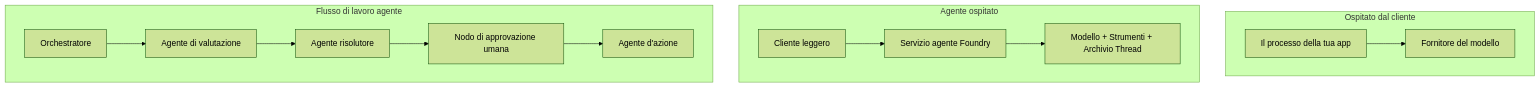
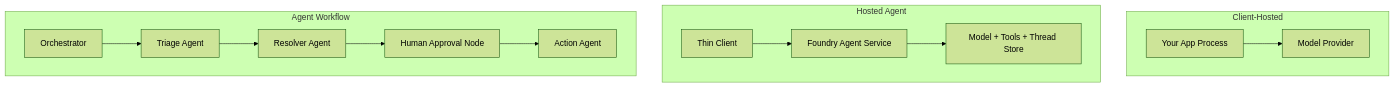
One commit to gabrielmoreira/agent-skills-mirror changed the first of 4 diagrams in mirrors/repos/microsoft@ai-agents-for-beginners/translations/it/16-deploying-scalable-agents/README.md. Above: the diagram before and after it, drawn with Mermaid (forest theme). The commit also changed other lines of this file and 5918 other files, not shown here.

````diff
--- a/mirrors/repos/microsoft@ai-agents-for-beginners/translations/it/16-deploying-scalable-agents/README.md
+++ b/mirrors/repos/microsoft@ai-agents-for-beginners/translations/it/16-deploying-scalable-agents/README.md
@@ -87,16 +87,16 @@
 ```mermaid
 flowchart TB
-    subgraph P1[Ospitato dal cliente]
-        A1[Il processo della tua app] --> M1[Fornitore del modello]
+    subgraph P1[Client-Hosted]
+        A1[Your App Process] --> M1[Model Provider]
     end
-    subgraph P2[Agente ospitato]
-        A2[Cliente leggero] --> F2[Servizio agente Foundry]
-        F2 --> M2[Modello + Strumenti + Archivio Thread]
+    subgraph P2[Hosted Agent]
+        A2[Thin Client] --> F2[Foundry Agent Service]
+        F2 --> M2[Model + Tools + Thread Store]
     end
-    subgraph P3[Flusso di lavoro agente]
-        A3[Orchestratore] --> S1[Agente di valutazione]
-        S1 --> S2[Agente risolutore]
-        S2 --> H[Nodo di approvazione umana]
-        H --> S3[Agente d'azione]
+    subgraph P3[Agent Workflow]
+        A3[Orchestrator] --> S1[Triage Agent]
+        S1 --> S2[Resolver Agent]
+        S2 --> H[Human Approval Node]
+        H --> S3[Action Agent]
     end
 ```
````
